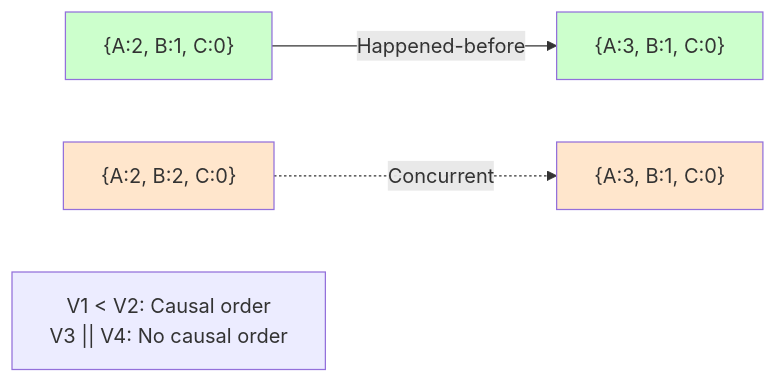
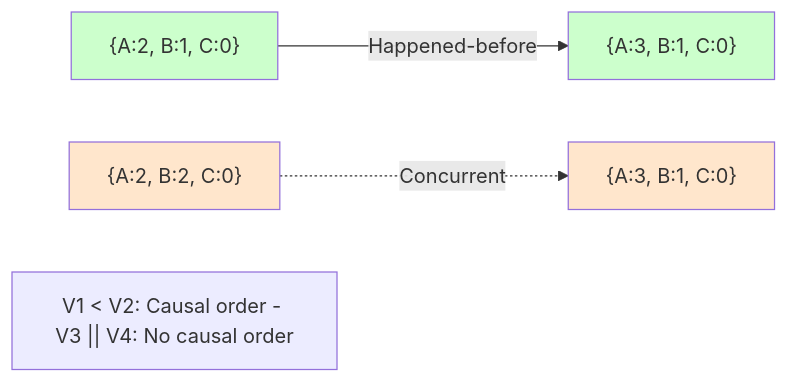
One commit to Anmol33/SystemDesign changed the second of 7 diagrams in Coordination/06_Vector_Clocks.md. Above: the diagram before and after it, drawn with Mermaid. The commit also changed other lines of this file and 6 other files, not shown here.

First line of the commit message:
docs: fix Mermaid diagram syntax in coordination documents

````diff
--- a/Coordination/06_Vector_Clocks.md
+++ b/Coordination/06_Vector_Clocks.md
@@ -92,12 +92,12 @@
 ```mermaid
 graph LR
     V1["{A:2, B:1, C:0}"] -->|"Happened-before"| V2["{A:3, B:1, C:0}"]
     V3["{A:2, B:2, C:0}"] -.->|"Concurrent"| V4["{A:3, B:1, C:0}"]
     
-    Note["V1 < V2: Causal order<br/>V3 || V4: No causal order"]
+    Note["V1 < V2: Causal order - V3 || V4: No causal order"]
     
     style V1 fill:#ccffcc
     style V2 fill:#ccffcc
     style V3 fill:#ffe6cc
     style V4 fill:#ffe6cc
 ```
````
